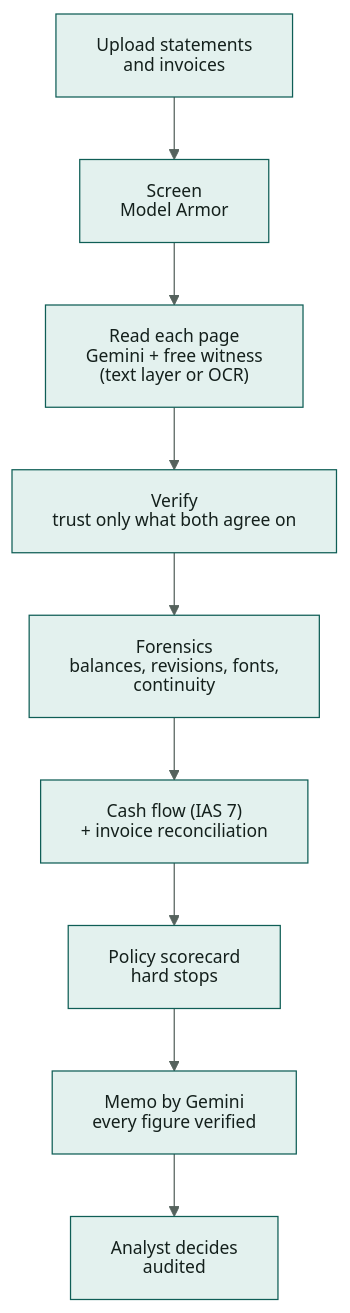
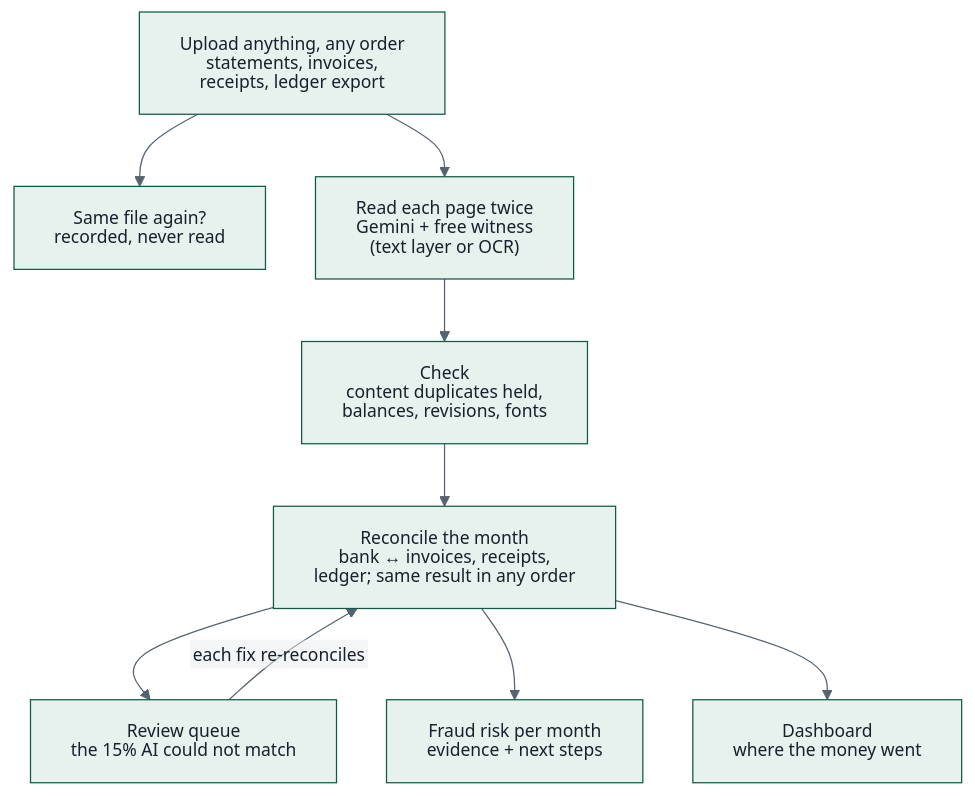
One commit to fadlytanjung/kredibel changed the diagram in README.md. Above: the diagram before and after it, drawn with Mermaid. The commit also changed other lines of this file and 245 other files, not shown here.

````diff
--- a/README.md
+++ b/README.md
@@ -22,12 +25,12 @@
 ```mermaid
-%%{init: {"theme": "base", "themeVariables": {"fontFamily": "Arial, Helvetica, sans-serif", "fontSize": "14px", "primaryColor": "#E3F1EE", "primaryBorderColor": "#0F5E56", "primaryTextColor": "#14201C", "lineColor": "#55625D", "secondaryColor": "#F0F2EF", "tertiaryColor": "#FFFFFF", "clusterBkg": "#F7F8F6", "clusterBorder": "#B8BFB9", "noteBkgColor": "#FEF0C7", "noteTextColor": "#14201C"}, "htmlLabels": false, "flowchart": {"htmlLabels": false, "padding": 16, "nodeSpacing": 40, "rankSpacing": 50, "wrappingWidth": 220}, "sequence": {"wrap": true, "useMaxWidth": true, "noteFontFamily": "Arial, Helvetica, sans-serif", "messageFontFamily": "Arial, Helvetica, sans-serif", "actorFontFamily": "Arial, Helvetica, sans-serif"}}}%%
+%%{init: {"theme": "base", "themeVariables": {"fontFamily": "Arial, Helvetica, sans-serif", "fontSize": "14px", "primaryColor": "#E7F2EE", "primaryBorderColor": "#0E5A47", "primaryTextColor": "#16212B", "lineColor": "#56636F", "secondaryColor": "#E8ECEE", "tertiaryColor": "#FFFFFF", "clusterBkg": "#F2F4F5", "clusterBorder": "#B9C2CA", "noteBkgColor": "#FFF5D6", "noteTextColor": "#16212B"}, "htmlLabels": false, "flowchart": {"htmlLabels": false, "padding": 16, "nodeSpacing": 40, "rankSpacing": 50, "wrappingWidth": 220}, "sequence": {"wrap": true, "useMaxWidth": true, "noteFontFamily": "Arial, Helvetica, sans-serif", "messageFontFamily": "Arial, Helvetica, sans-serif", "actorFontFamily": "Arial, Helvetica, sans-serif"}}}%%
 flowchart TB
-    up["Upload statements<br/>and invoices"] --> screen["Screen<br/>Model Armor"]
-    screen --> read["Read each page<br/>Gemini + free witness<br/>(text layer or OCR)"]
-    read --> agree["Verify<br/>trust only what both agree on"]
-    agree --> check["Forensics<br/>balances, revisions, fonts,<br/>continuity"]
-    check --> flow["Cash flow (IAS 7)<br/>+ invoice reconciliation"]
-    flow --> score["Policy scorecard<br/>hard stops"]
-    score --> memo["Memo by Gemini<br/>every figure verified"]
-    memo --> human["Analyst decides<br/>audited"]
+    up["Upload anything, any order<br/>statements, invoices,<br/>receipts, ledger export"] --> dup["Same file again?<br/>recorded, never read"]
+    up --> read["Read each page twice<br/>Gemini + free witness<br/>(text layer or OCR)"]
+    read --> check["Check<br/>content duplicates held,<br/>balances, revisions, fonts"]
+    check --> month["Reconcile the month<br/>bank ↔ invoices, receipts,<br/>ledger; same result in any order"]
+    month --> review["Review queue<br/>the 15% AI could not match"]
+    month --> risk["Fraud risk per month<br/>evidence + next steps"]
+    month --> dash["Dashboard<br/>where the money went"]
+    review -->|"each fix re-reconciles"| month
 ```
````
